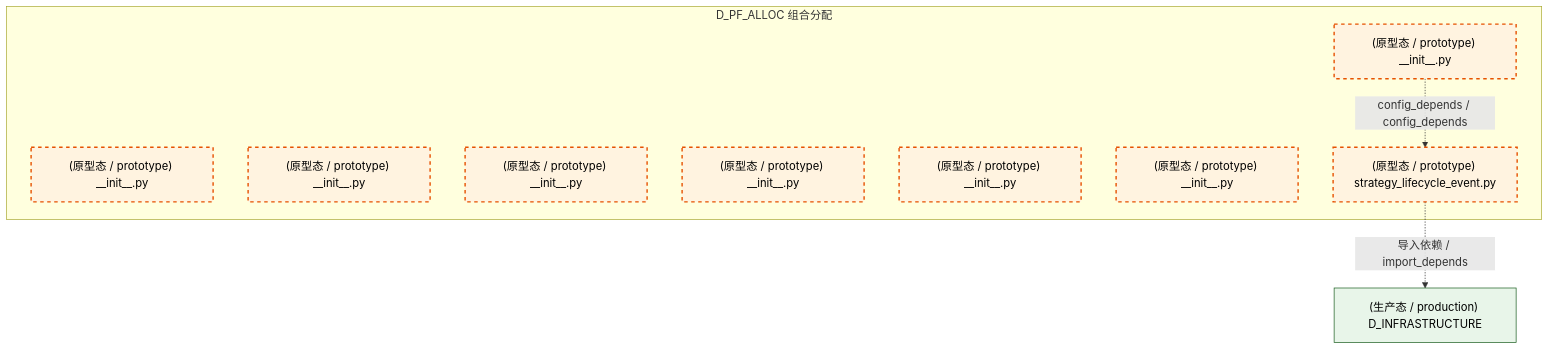
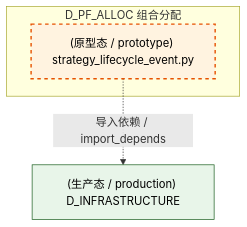
The fourth of 5 diagrams in docs/02_enterprise_architecture/02_domain_architecture_docs/51_d_pf_alloc.md (xuanFelixVan/ZephyrAlpha), drawn with Mermaid before and after one commit. The commit also changed other lines of this file and 126 other files, not shown here.

````diff
--- a/docs/02_enterprise_architecture/02_domain_architecture_docs/51_d_pf_alloc.md
+++ b/docs/02_enterprise_architecture/02_domain_architecture_docs/51_d_pf_alloc.md
@@ -151,22 +142,14 @@
 ```mermaid
 graph TD
     subgraph D_PF_ALLOC["D_PF_ALLOC 组合分配"]
-        src_zephyr_pf_alloc_init_py["(原型态 / prototype) __init__.py"]
-        src_zephyr_pf_alloc_extensions_init_py["(原型态 / prototype) __init__.py"]
-        src_zephyr_pf_alloc_api_init_py["(原型态 / prototype) __init__.py"]
-        src_zephyr_pf_alloc_core_init_py["(原型态 / prototype) __init__.py"]
-        src_zephyr_pf_alloc_infrastructure_init_py["(原型态 / prototype) __init__.py"]
-        src_zephyr_pf_alloc_models_init_py["(原型态 / prototype) __init__.py"]
-        src_zephyr_pf_alloc_services_init_py["(原型态 / prototype) __init__.py"]
         src_zephyr_pf_alloc_strategy_lifecycle_event_py["(原型态 / prototype) strategy_lifecycle_event.py"]
     end
-    src_zephyr_pf_alloc_init_py -.->|config_depends / config_depends| src_zephyr_pf_alloc_strategy_lifecycle_event_py
     D_INFRASTRUCTURE["(生产态 / production) D_INFRASTRUCTURE"]
     src_zephyr_pf_alloc_strategy_lifecycle_event_py -.->|导入依赖 / import_depends| D_INFRASTRUCTURE
     classDef production fill:#e1f5fe,stroke:#01579b,stroke-width:2px,color:#000
     classDef design fill:#fff3e0,stroke:#e65100,stroke-width:2px,color:#000,stroke-dasharray: 5 5
     classDef external_prod fill:#e8f5e9,stroke:#1b5e20,stroke-width:1px,color:#000
     classDef external_design fill:#fce4ec,stroke:#880e4f,stroke-width:1px,color:#000,stroke-dasharray: 5 5
-    class src_zephyr_pf_alloc_init_py,src_zephyr_pf_alloc_extensions_init_py,src_zephyr_pf_alloc_api_init_py,src_zephyr_pf_alloc_core_init_py,src_zephyr_pf_alloc_infrastructure_init_py,src_zephyr_pf_alloc_models_init_py,src_zephyr_pf_alloc_services_init_py,src_zephyr_pf_alloc_strategy_lifecycle_event_py design
+    class src_zephyr_pf_alloc_strategy_lifecycle_event_py design
     class D_INFRASTRUCTURE external_prod
 ```
````
